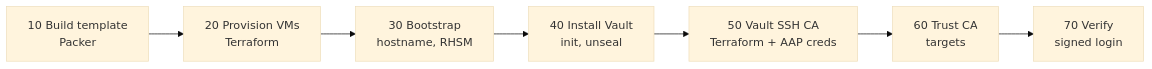
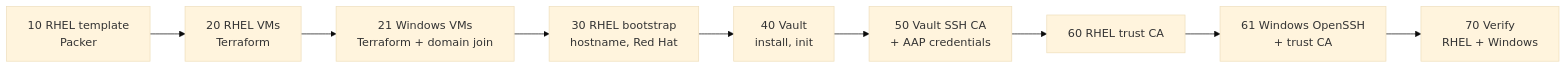
Before and after one commit to RamAdhikari/ra-homelab: the fifth of 5 diagrams in docs/DESIGN.md, drawn with Mermaid (base theme). The commit also changed other lines of this file and 12 other files, not shown here.

````diff
--- a/docs/DESIGN.md
+++ b/docs/DESIGN.md
@@ -205,5 +186,5 @@
 ```mermaid
 flowchart LR
-  A["10 Build template<br/>Packer"] --> B["20 Provision VMs<br/>Terraform"] --> C["30 Bootstrap<br/>hostname, RHSM"] --> D["40 Install Vault<br/>init, unseal"]
-  D --> E["50 Vault SSH CA<br/>Terraform + AAP creds"] --> F["60 Trust CA<br/>targets"] --> G["70 Verify<br/>signed login"]
+  T10["10 RHEL template<br/>Packer"] --> T20["20 RHEL VMs<br/>Terraform"] --> T21["21 Windows VMs<br/>Terraform + domain join"] --> T30["30 RHEL bootstrap<br/>hostname, Red Hat"]
+  T30 --> T40["40 Vault<br/>install, init"] --> T50["50 Vault SSH CA<br/>+ AAP credentials"] --> T60["60 RHEL trust CA"] --> T61["61 Windows OpenSSH<br/>+ trust CA"] --> T70["70 Verify<br/>RHEL + Windows"]
 ```
````
